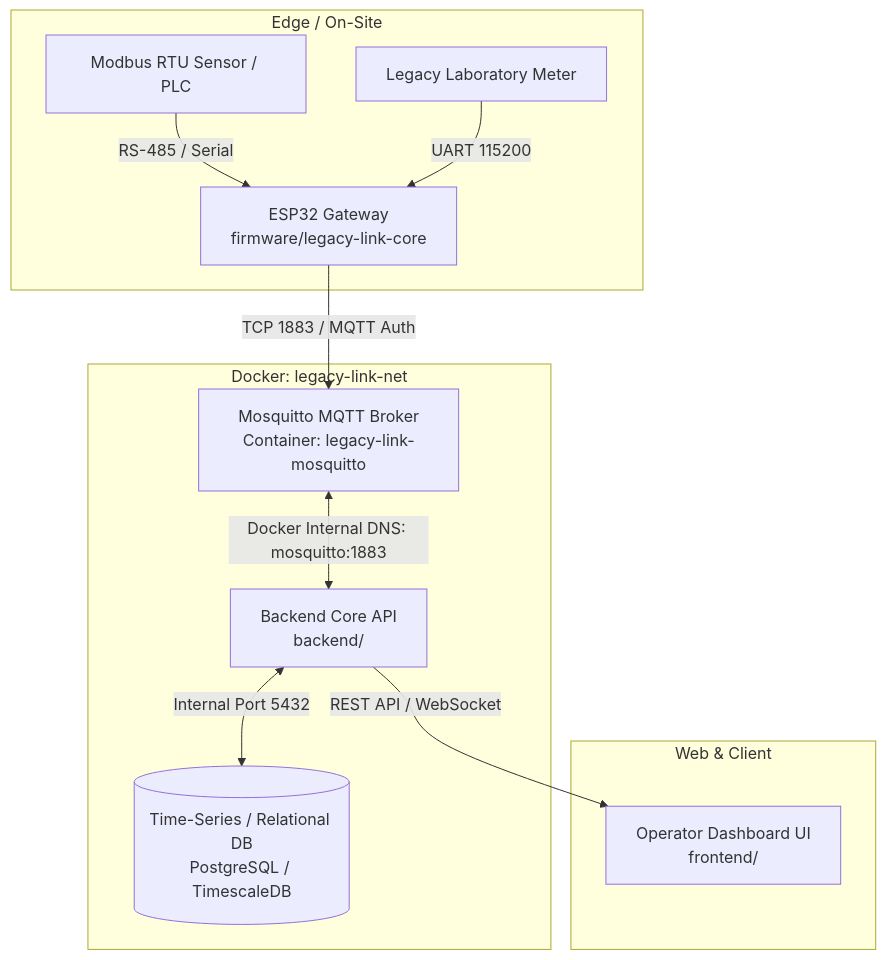
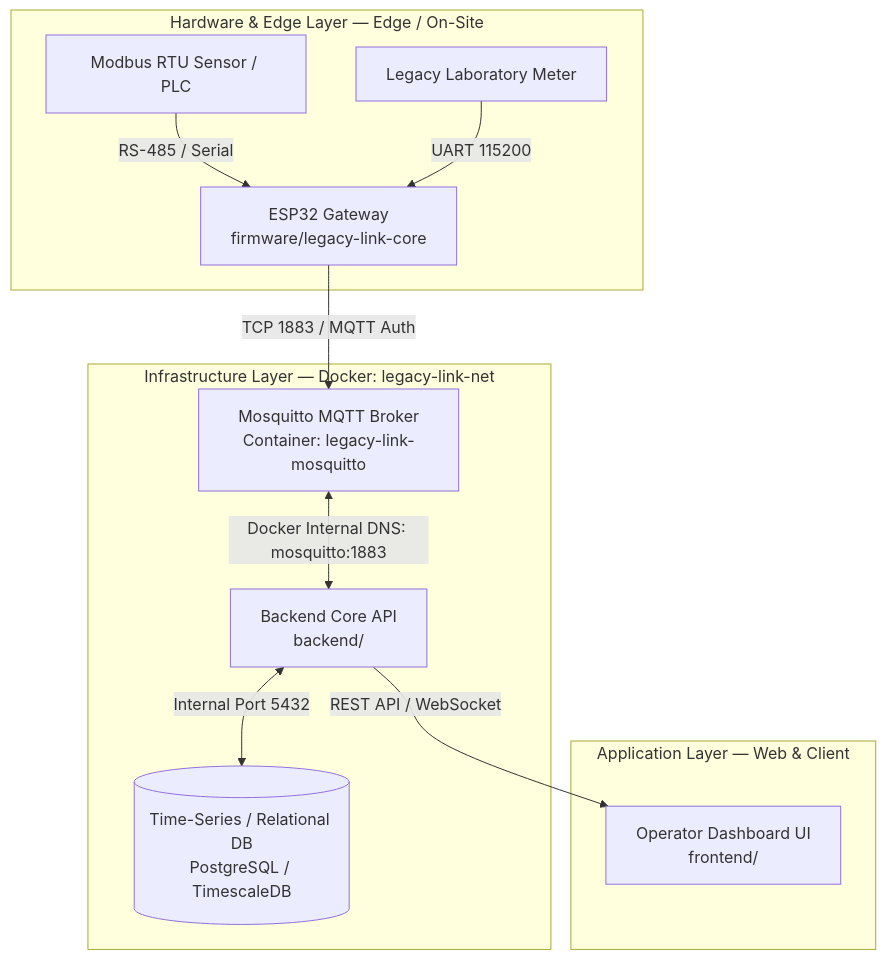
The diagram in infrastructure/docs/architecture.md (thinhnguyen672007-alt/Legacy-link), drawn with Mermaid before and after one commit. The commit also changed 5 other files, not shown here.

First line of the commit message:
Update setup phan quyen tu doc cho docker va mqtt

````diff
--- a/infrastructure/docs/architecture.md
+++ b/infrastructure/docs/architecture.md
@@ -21,17 +21,17 @@
 ```mermaid
 graph TD
-    subgraph Hardware & Edge Layer [Edge / On-Site]
-        DeviceA[Modbus RTU Sensor / PLC] -->|RS-485 / Serial| ESP32[ESP32 Gateway\nfirmware/legacy-link-core]
+    subgraph EdgeLayer["Hardware & Edge Layer — Edge / On-Site"]
+        DeviceA["Modbus RTU Sensor / PLC"] -->|RS-485 / Serial| ESP32["ESP32 Gateway<br/>firmware/legacy-link-core"]
         DeviceB[Legacy Laboratory Meter] -->|UART 115200| ESP32
     end
 
-    subgraph Infrastructure Layer [Docker: legacy-link-net]
-        ESP32 -->|TCP 1883 / MQTT Auth| Broker[Mosquitto MQTT Broker\nContainer: legacy-link-mosquitto]
-        Broker <-->|Docker Internal DNS: mosquitto:1883| Backend[Backend Core API\nbackend/]
-        Backend <-->|Internal Port 5432| DB[(Time-Series / Relational DB\nPostgreSQL / TimescaleDB)]
+    subgraph InfrastructureLayer["Infrastructure Layer — Docker: legacy-link-net"]
+        ESP32 -->|TCP 1883 / MQTT Auth| Broker["Mosquitto MQTT Broker<br/>Container: legacy-link-mosquitto"]
+        Broker <-->|Docker Internal DNS: mosquitto:1883| Backend["Backend Core API<br/>backend/"]
+        Backend <-->|Internal Port 5432| DB[("Time-Series / Relational DB<br/>PostgreSQL / TimescaleDB")]
     end
 
-    subgraph Application Layer [Web & Client]
-        Backend -->|REST API / WebSocket| Frontend[Operator Dashboard UI\nfrontend/]
+    subgraph ApplicationLayer["Application Layer — Web & Client"]
+        Backend -->|REST API / WebSocket| Frontend["Operator Dashboard UI<br/>frontend/"]
     end
 ```
````
